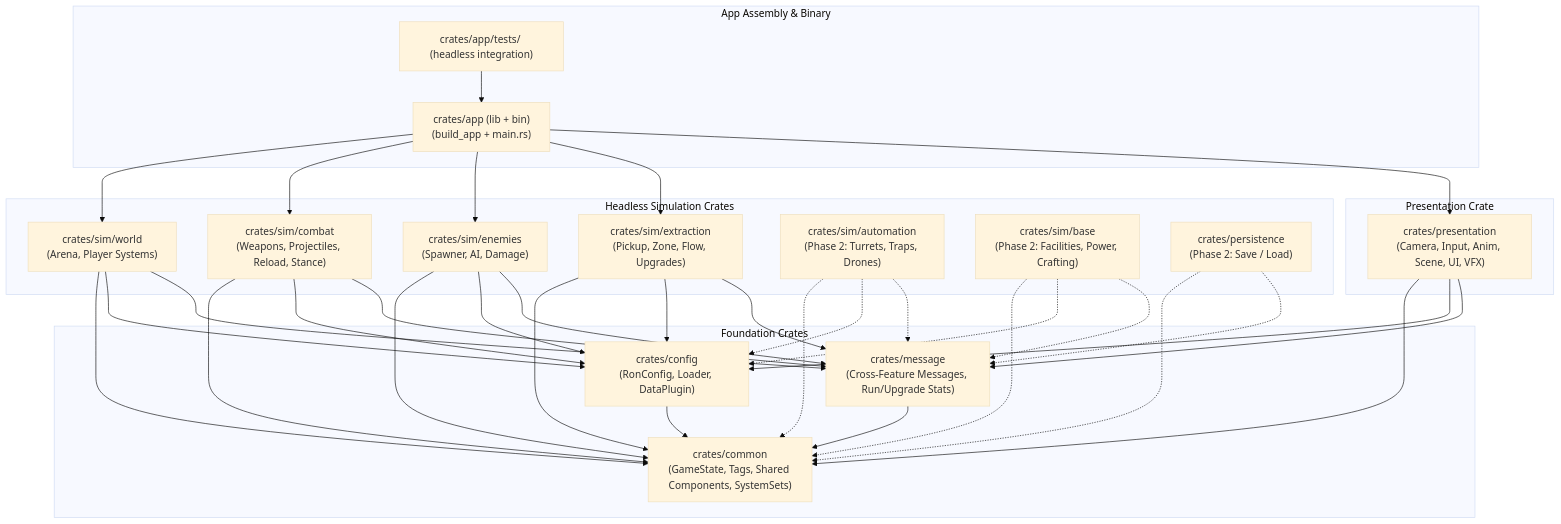
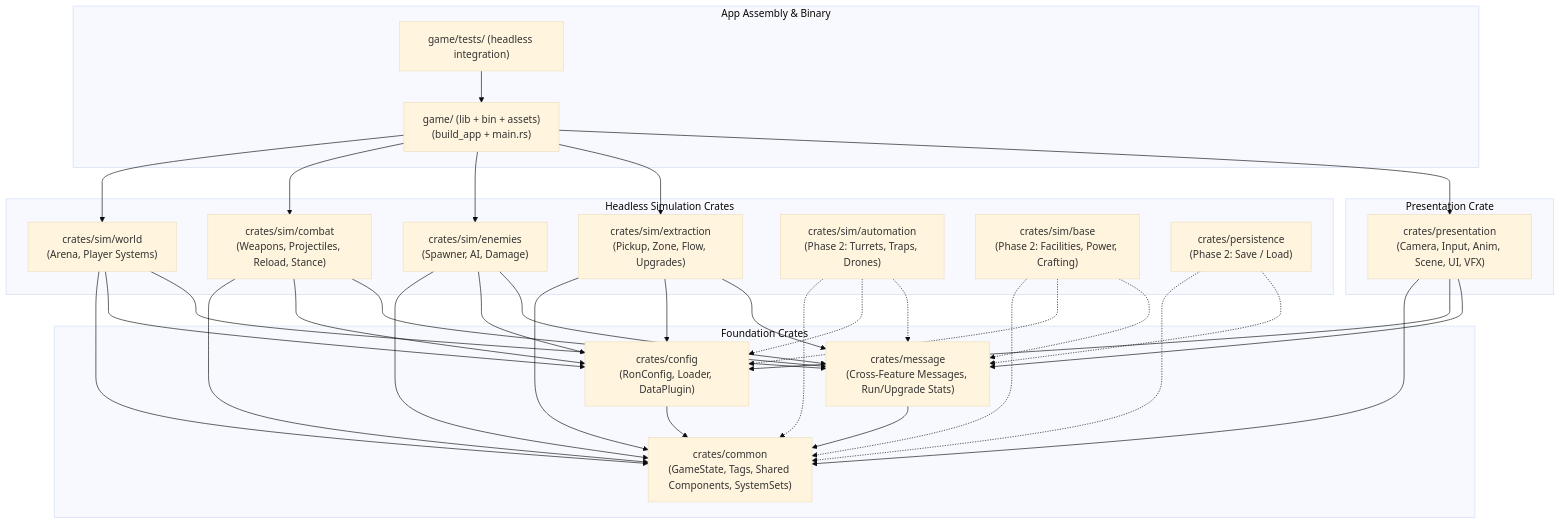
One commit to sharrlotte/AGameProject changed the diagram in openspec/changes/refactor-project-layout/design.md. Above: the diagram before and after it, drawn with Mermaid (base theme). The commit also changed other lines of this file and 112 other files, not shown here.

````diff
--- a/openspec/changes/refactor-project-layout/design.md
+++ b/openspec/changes/refactor-project-layout/design.md
@@ -85,43 +85,43 @@
 ```mermaid
 graph TD
     subgraph "Foundation Crates"
         common["crates/common<br/>(GameState, Tags, Shared Components, SystemSets)"]
         config["crates/config<br/>(RonConfig, Loader, DataPlugin)"]
         message["crates/message<br/>(Cross-Feature Messages, Run/Upgrade Stats)"]
     end
 
     config --> common
     message --> common
 
     subgraph "Headless Simulation Crates"
         world["crates/sim/world<br/>(Arena, Player Systems)"]
         combat["crates/sim/combat<br/>(Weapons, Projectiles, Reload, Stance)"]
         enemies["crates/sim/enemies<br/>(Spawner, AI, Damage)"]
         extraction["crates/sim/extraction<br/>(Pickup, Zone, Flow, Upgrades)"]
         automation["crates/sim/automation<br/>(Phase 2: Turrets, Traps, Drones)"]
         base["crates/sim/base<br/>(Phase 2: Facilities, Power, Crafting)"]
         persistence["crates/persistence<br/>(Phase 2: Save / Load)"]
     end
 
     world --> common & config & message
     combat --> common & config & message
     enemies --> common & config & message
     extraction --> common & config & message
     automation -.-> common & config & message
     base -.-> common & config & message
     persistence -.-> common & message
 
     subgraph "Presentation Crate"
         presentation["crates/presentation<br/>(Camera, Input, Anim, Scene, UI, VFX)"]
     end
 
     presentation --> common & config & message
 
     subgraph "App Assembly & Binary"
-        app_crate["crates/app (lib + bin)<br/>(build_app + main.rs)"]
-        tests["crates/app/tests/ (headless integration)"]
+        game_crate["game/ (lib + bin + assets)<br/>(build_app + main.rs)"]
+        tests["game/tests/ (headless integration)"]
     end
 
-    app_crate --> world & combat & enemies & extraction & presentation
-    tests --> app_crate
+    game_crate --> world & combat & enemies & extraction & presentation
+    tests --> game_crate
 ```
````
